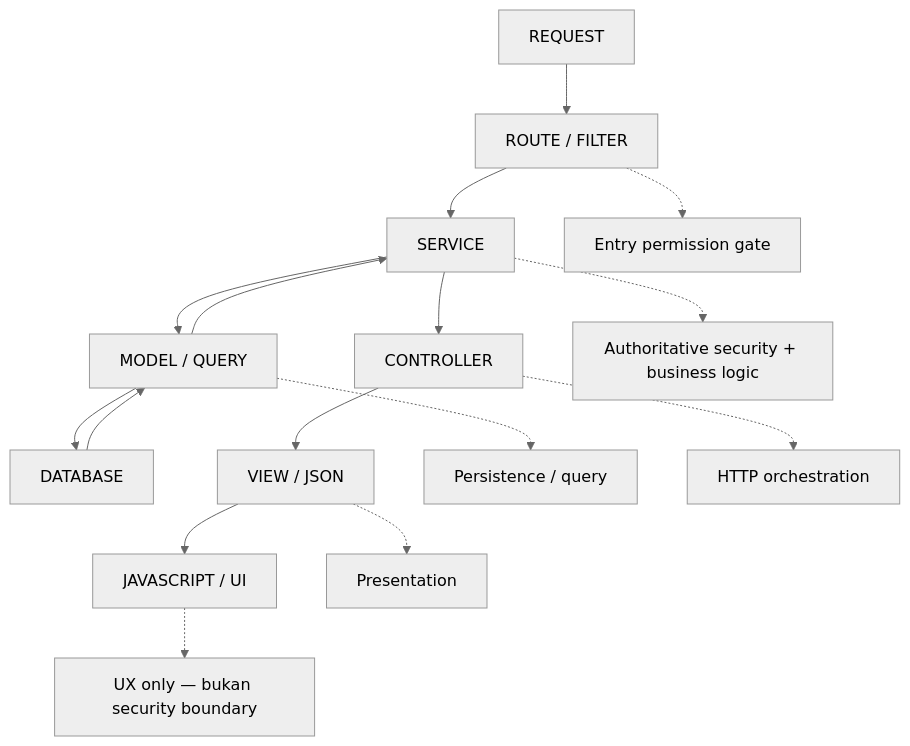
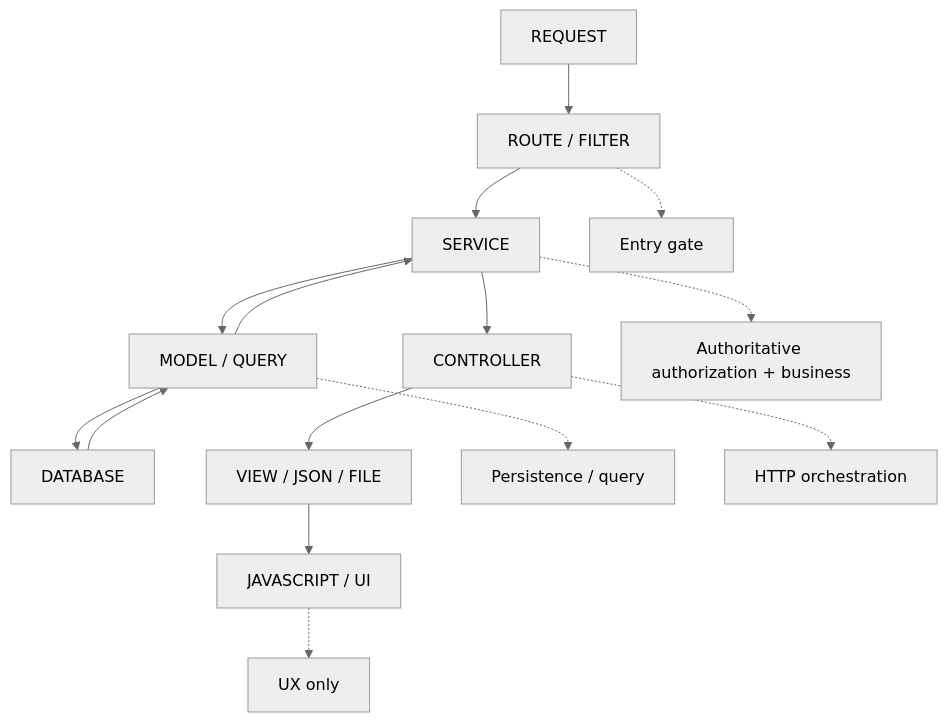
One commit to Al-Faroz/sisfour_dev_v2 changed the ninth of 13 diagrams in docs/00A_GLOBAL_STANDARD_SISFOUR.md. Above: the diagram before and after it, drawn with Mermaid (neutral theme). The commit also changed other lines of this file, not shown here.

````diff
--- a/docs/00A_GLOBAL_STANDARD_SISFOUR.md
+++ b/docs/00A_GLOBAL_STANDARD_SISFOUR.md
@@ -599,20 +385,19 @@
 ```mermaid
 flowchart TD
     A["REQUEST"] --> R["ROUTE / FILTER"]
     R --> S["SERVICE"]
     S --> M["MODEL / QUERY"]
     M --> DB["DATABASE"]
 
     DB --> M
     M --> S
     S --> C["CONTROLLER"]
-    C --> V["VIEW / JSON"]
+    C --> V["VIEW / JSON / FILE"]
     V --> JS["JAVASCRIPT / UI"]
 
-    R -.-> R1["Entry permission gate"]
-    S -.-> S1["Authoritative security + business logic"]
+    R -.-> R1["Entry gate"]
+    S -.-> S1["Authoritative authorization + business"]
     M -.-> M1["Persistence / query"]
     C -.-> C1["HTTP orchestration"]
-    V -.-> V1["Presentation"]
-    JS -.-> JS1["UX only — bukan security boundary"]
+    JS -.-> JS1["UX only"]
 ```
````
